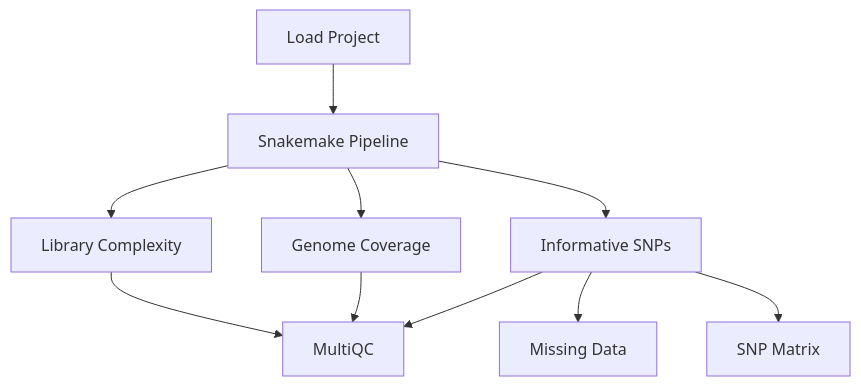
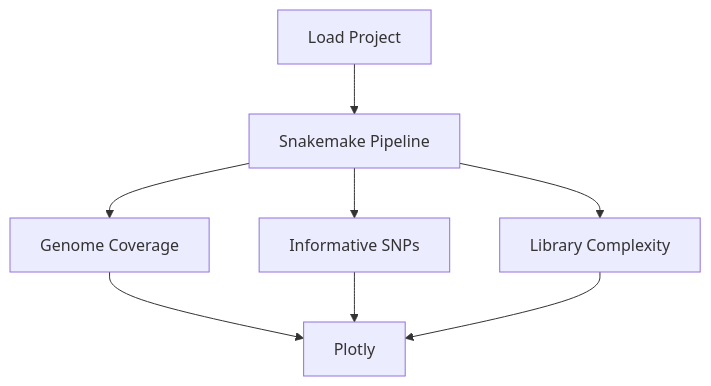
The diagram in phd/Chromosome Resequencing.md (ktmeaton/obsidian-public), drawn with Mermaid before and after one commit. The commit also changed other lines of this file and 21 other files, not shown here.

````diff
--- a/phd/Chromosome Resequencing.md
+++ b/phd/Chromosome Resequencing.md
@@ -31,21 +46,18 @@
 ```mermaid
 graph TD;
 1-->2;
 2-->3;
-3-->6;
 2-->4;
 4-->6;
 2-->5;
 5-->6;
-5-->7;
-5-->8;
+3-->6;
 
 1[Load Project]
 2[Snakemake Pipeline]
 3[Library Complexity]
 4[Genome Coverage]
 5[Informative SNPs]
-6[MultiQC]
-7[Missing Data]
-8[SNP Matrix]
+6[Plotly]
+
 ```
````
